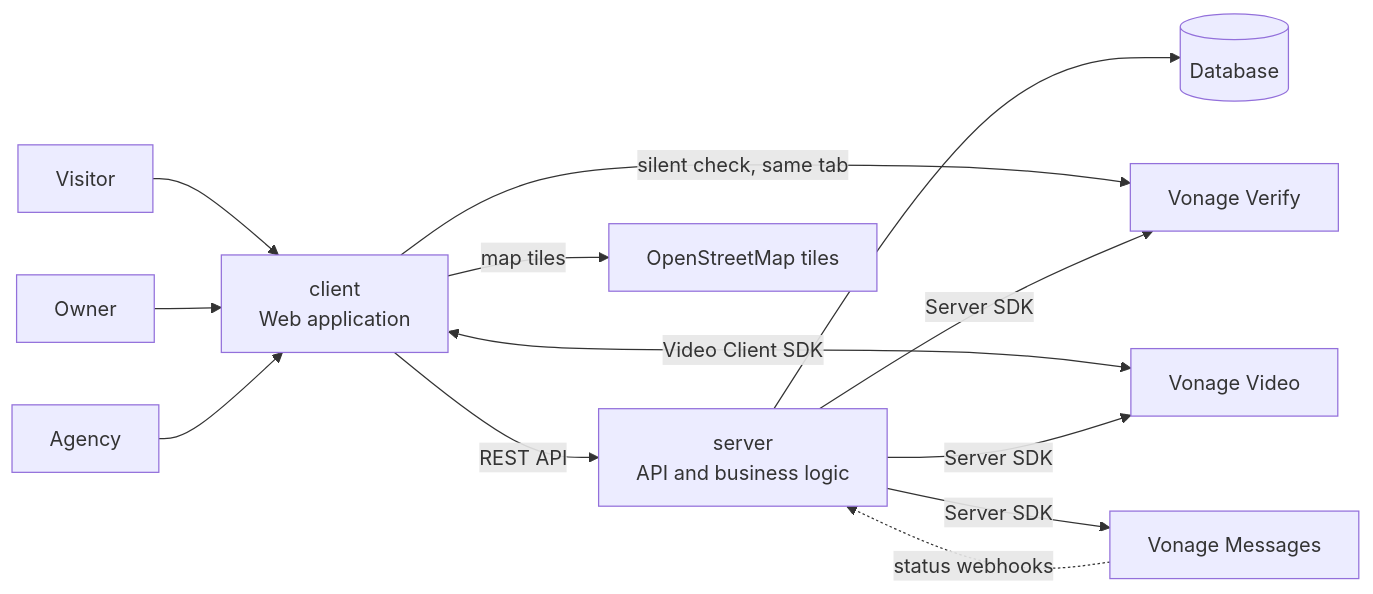
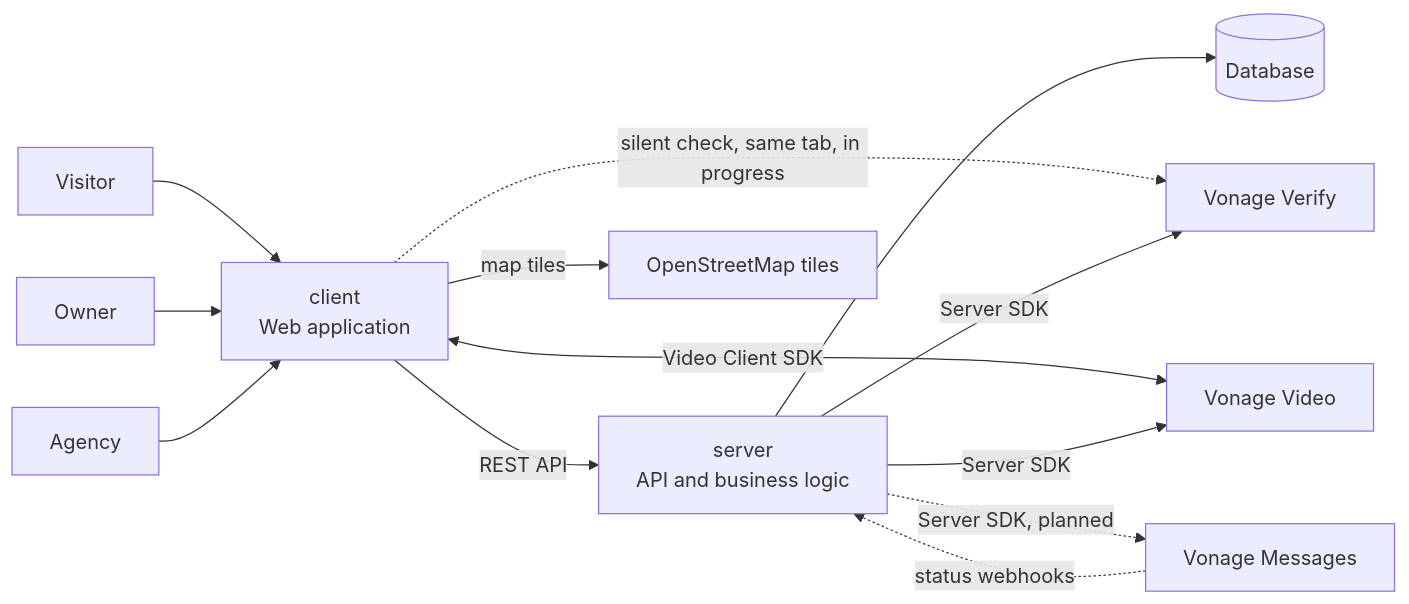
Before and after one commit to femCodersClub-vonage-program/secure-property-viewing: the first of 2 diagrams in docs/architecture/README.md, drawn with Mermaid. The commit also changed other lines of this file and 11 other files, not shown here.

````diff
--- a/docs/architecture/README.md
+++ b/docs/architecture/README.md
@@ -7,15 +7,15 @@
 ```mermaid
 flowchart LR
   V[Visitor] --> C
   P[Owner] --> C
   A[Agency] --> C
   C["client<br/>Web application"] -->|REST API| S["server<br/>API and business logic"]
   C <-->|Video Client SDK| VV[Vonage Video]
-  C -->|silent check, same tab| VY
+  C -.->|silent check, same tab, in progress| VY
   C -->|map tiles| OSM[OpenStreetMap tiles]
   S --> DB[(Database)]
   S -->|Server SDK| VY[Vonage Verify]
   S -->|Server SDK| VV
-  S -->|Server SDK| VM[Vonage Messages]
+  S -.->|Server SDK, planned| VM[Vonage Messages]
   VM -. status webhooks .-> S
 ```
````
